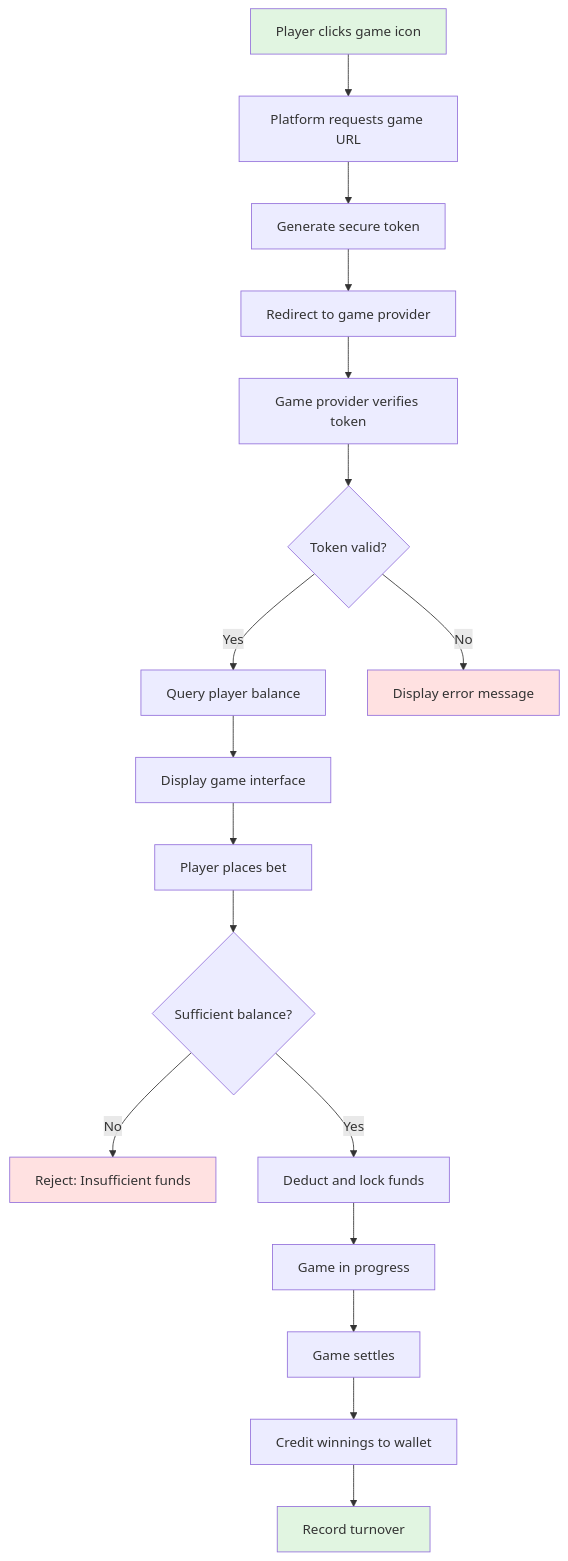
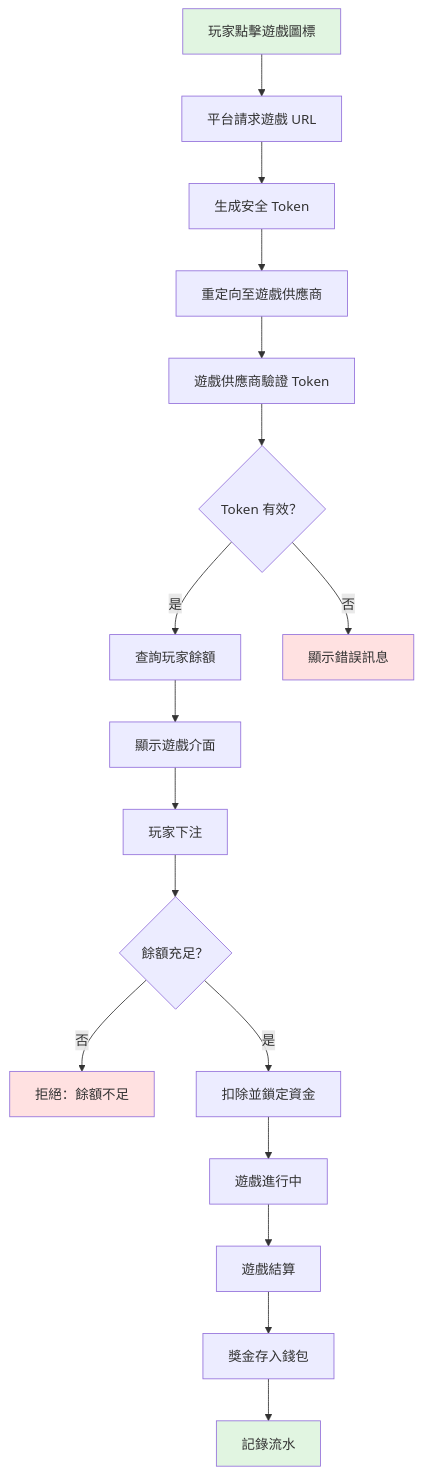
One commit to ron03wlb/smart-admin changed the second of 6 diagrams in docs/iGaming/requirements/01_Player_Experience/Business_Flows.md. Above: the diagram before and after it, drawn with Mermaid. The commit also changed other lines of this file and 4 other files, not shown here.

````diff
--- a/docs/iGaming/requirements/01_Player_Experience/Business_Flows.md
+++ b/docs/iGaming/requirements/01_Player_Experience/Business_Flows.md
@@ -176,30 +176,30 @@
 ```mermaid
 flowchart TD
-    A[Player clicks game icon] --> B[Platform requests game URL]
-    B --> C[Generate secure token]
-    C --> D[Redirect to game provider]
+    A[玩家點擊遊戲圖標] --> B[平台請求遊戲 URL]
+    B --> C[生成安全 Token]
+    C --> D[重定向至遊戲供應商]
 
-    D --> E[Game provider verifies token]
-    E --> F{Token valid?}
+    D --> E[遊戲供應商驗證 Token]
+    E --> F{Token 有效？}
 
-    F -->|Yes| G[Query player balance]
-    F -->|No| H[Display error message]
+    F -->|是| G[查詢玩家餘額]
+    F -->|否| H[顯示錯誤訊息]
 
-    G --> I[Display game interface]
+    G --> I[顯示遊戲介面]
 
-    I --> J[Player places bet]
-    J --> K{Sufficient balance?}
+    I --> J[玩家下注]
+    J --> K{餘額充足？}
 
-    K -->|No| L[Reject: Insufficient funds]
-    K -->|Yes| M[Deduct and lock funds]
+    K -->|否| L[拒絕：餘額不足]
+    K -->|是| M[扣除並鎖定資金]
 
-    M --> N[Game in progress]
-    N --> O[Game settles]
-    O --> P[Credit winnings to wallet]
-    P --> Q[Record turnover]
+    M --> N[遊戲進行中]
+    N --> O[遊戲結算]
+    O --> P[獎金存入錢包]
+    P --> Q[記錄流水]
 
     style A fill:#e1f5e1
     style Q fill:#e1f5e1
     style H fill:#ffe1e1
     style L fill:#ffe1e1
 ```
````
